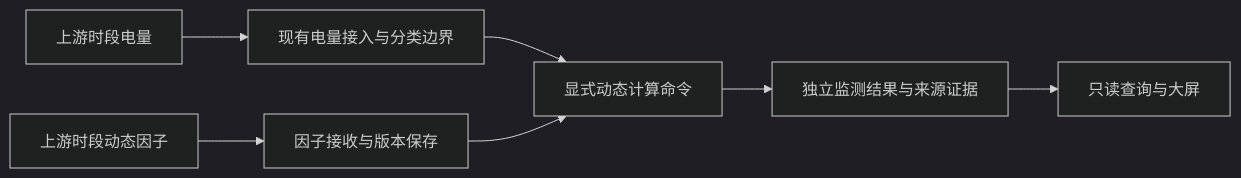
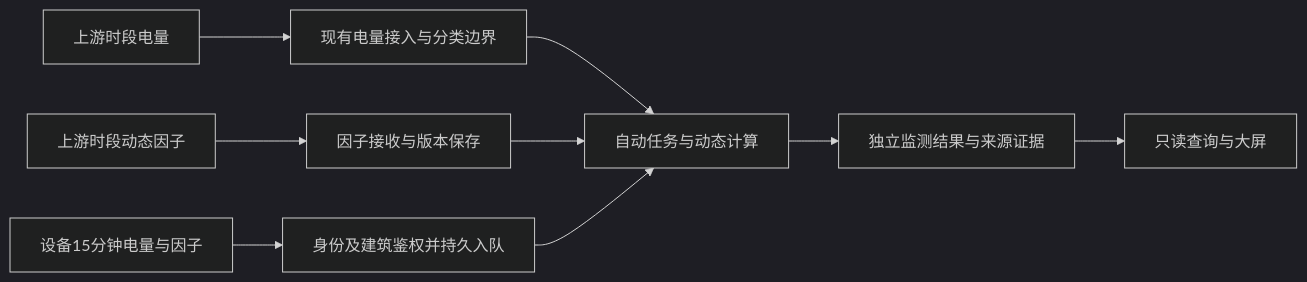
Before and after one commit to edg127117/building-energy-carbon-platform: the diagram in docs/development/dynamic-electricity-monitoring.md, drawn with Mermaid (dark theme). The commit also changed other lines of this file and 22 other files, not shown here.

````diff
--- a/docs/development/dynamic-electricity-monitoring.md
+++ b/docs/development/dynamic-electricity-monitoring.md
@@ -5,9 +5,11 @@
 ```mermaid
 flowchart LR
     A[上游时段电量] --> B[现有电量接入与分类边界]
     F[上游时段动态因子] --> G[因子接收与版本保存]
-    B --> C[显式动态计算命令]
+    B --> C[自动任务与动态计算]
     G --> C
+    H[设备15分钟电量与因子] --> I[身份及建筑鉴权并持久入队]
+    I --> C
     C --> D[独立监测结果与来源证据]
     D --> E[只读查询与大屏]
 ```
````
